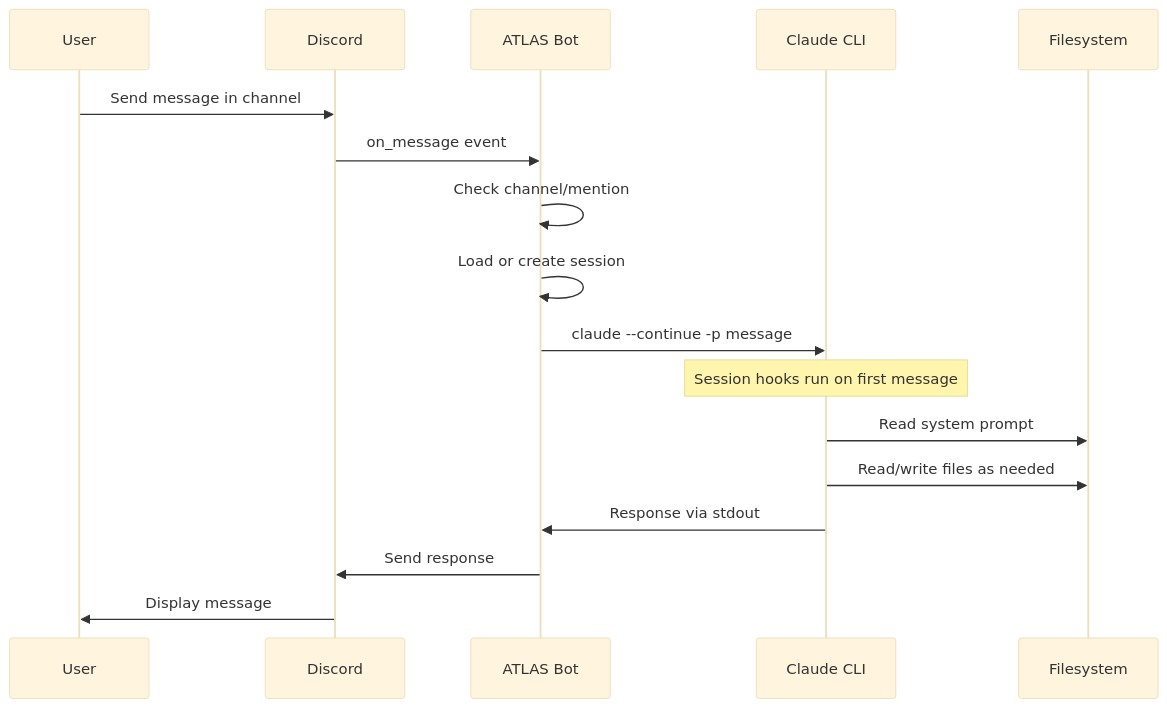
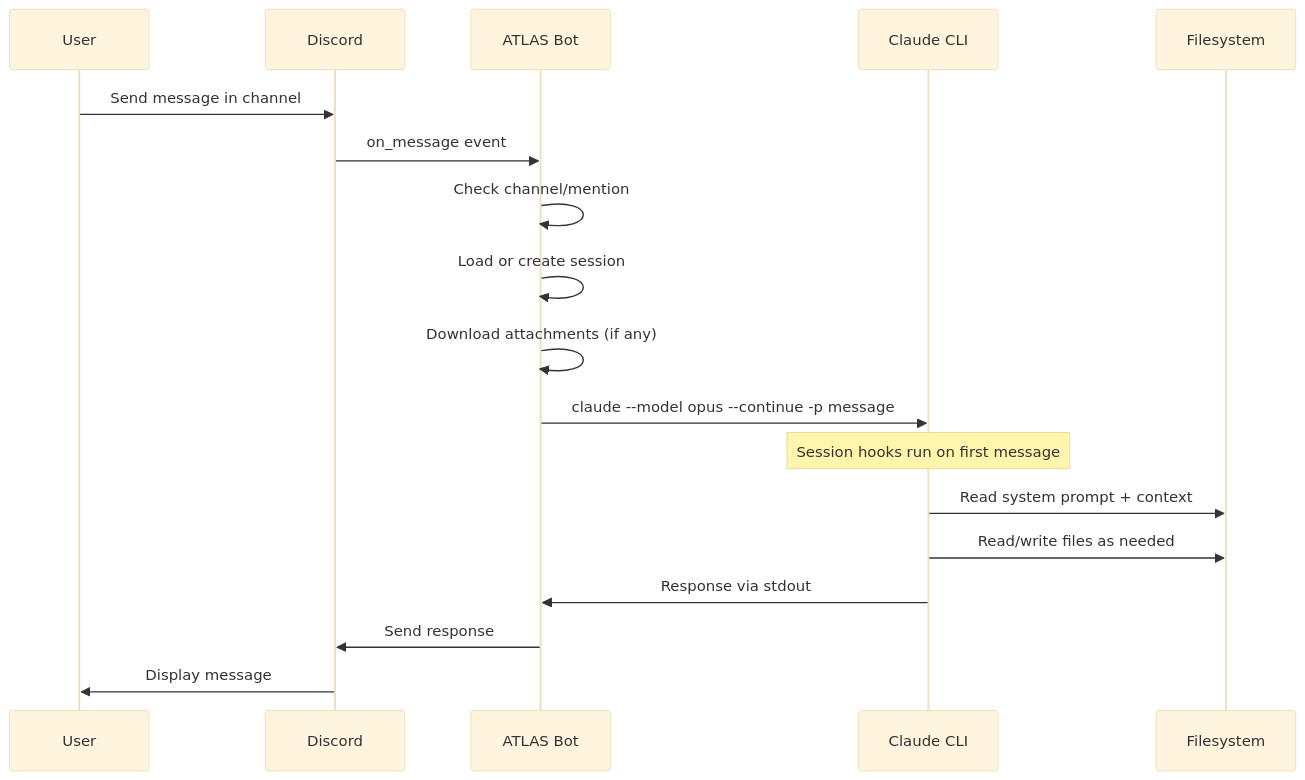
Before and after one commit to jamesmoon2/ATLAS-bot: the second of 5 diagrams in README.md, drawn with Mermaid (base theme). The commit also changed other lines of this file and 2 other files, not shown here.

First line of the commit message:
docs: update README, CHANGELOG, and add ROADMAP

````diff
--- a/README.md
+++ b/README.md
@@ -47,21 +72,22 @@
 ```mermaid
 sequenceDiagram
     participant U as User
     participant D as Discord
     participant B as ATLAS Bot
     participant C as Claude CLI
     participant F as Filesystem
 
     U->>D: Send message in channel
     D->>B: on_message event
     B->>B: Check channel/mention
     B->>B: Load or create session
-    B->>C: claude --continue -p message
+    B->>B: Download attachments (if any)
+    B->>C: claude --model opus --continue -p message
 
     Note over C: Session hooks run on first message
-    C->>F: Read system prompt
+    C->>F: Read system prompt + context
     C->>F: Read/write files as needed
     C->>B: Response via stdout
     B->>D: Send response
     D->>U: Display message
 ```
````
